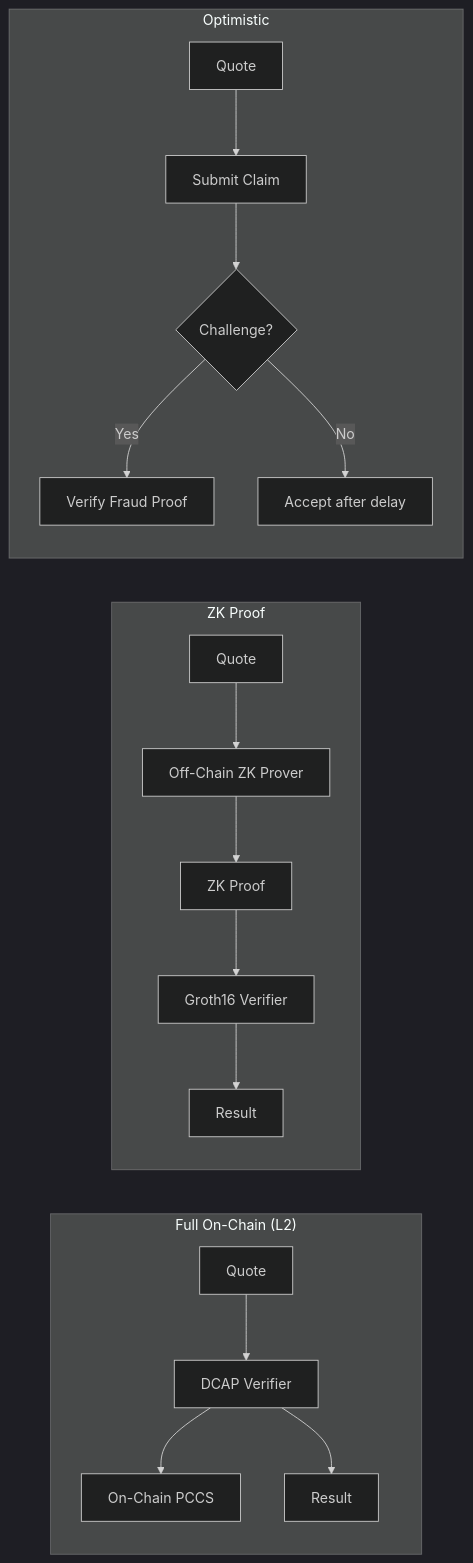
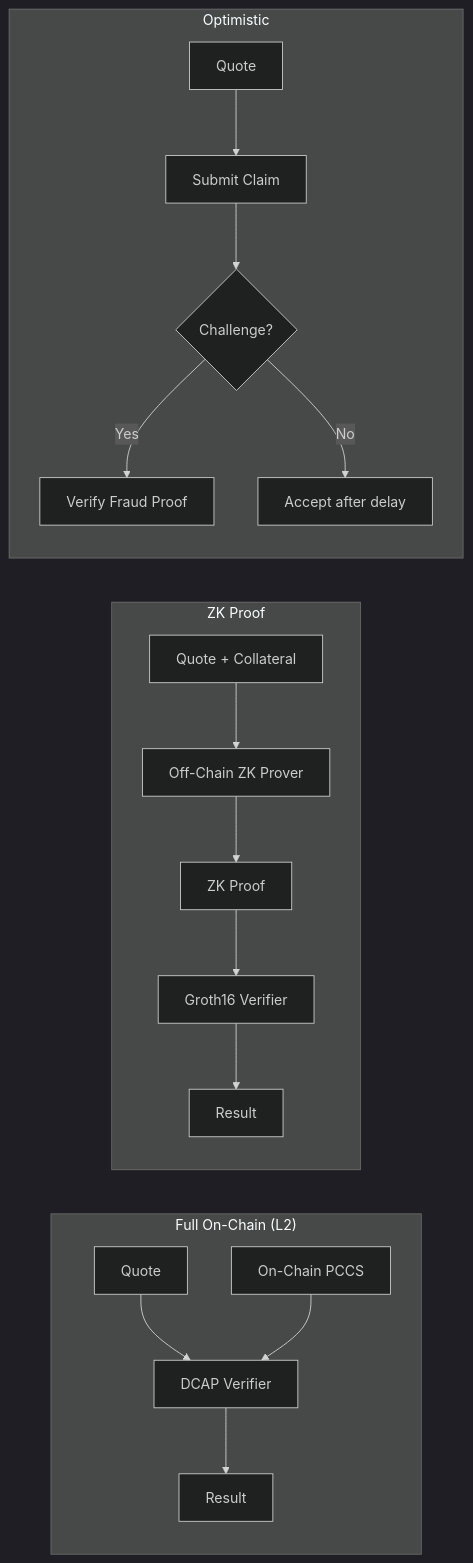
One commit to V-k-h/roots-of-trust changed the eighth of 8 diagrams in posts/03-intel-dcap-certificate-hierarchy.md. Above: the diagram before and after it, drawn with Mermaid (dark theme). The commit also changed other lines of this file, not shown here.

Commit message:
Enhance clarity and links in DCAP certificate hierarchy post

````diff
--- a/posts/03-intel-dcap-certificate-hierarchy.md
+++ b/posts/03-intel-dcap-certificate-hierarchy.md
@@ -520,22 +538,22 @@
 ```mermaid
 flowchart LR
     subgraph Pattern1["Full On-Chain (L2)"]
-        Q1[Quote] --> V1[DCAP Verifier]
-        V1 --> PCCS1[On-Chain PCCS]
-        V1 --> R1[Result]
+        Q1["Quote"] --> V1["DCAP Verifier"]
+        PCCS1["On-Chain PCCS"] --> V1
+        V1 --> R1["Result"]
     end
     
     subgraph Pattern2["ZK Proof"]
-        Q2[Quote] --> ZK[Off-Chain ZK Prover]
-        ZK --> Proof[ZK Proof]
-        Proof --> V2[Groth16 Verifier]
-        V2 --> R2[Result]
+        Q2["Quote + Collateral"] --> ZK["Off-Chain ZK Prover"]
+        ZK --> Proof["ZK Proof"]
+        Proof --> V2["Groth16 Verifier"]
+        V2 --> R2["Result"]
     end
     
     subgraph Pattern3["Optimistic"]
-        Q3[Quote] --> Submit[Submit Claim]
-        Submit --> Challenge{Challenge?}
-        Challenge -->|Yes| FraudProof[Verify Fraud Proof]
-        Challenge -->|No| R3[Accept after delay]
+        Q3["Quote"] --> Submit["Submit Claim"]
+        Submit --> Challenge{"Challenge?"}
+        Challenge -->|Yes| FraudProof["Verify Fraud Proof"]
+        Challenge -->|No| R3["Accept after delay"]
     end
 ```
````
